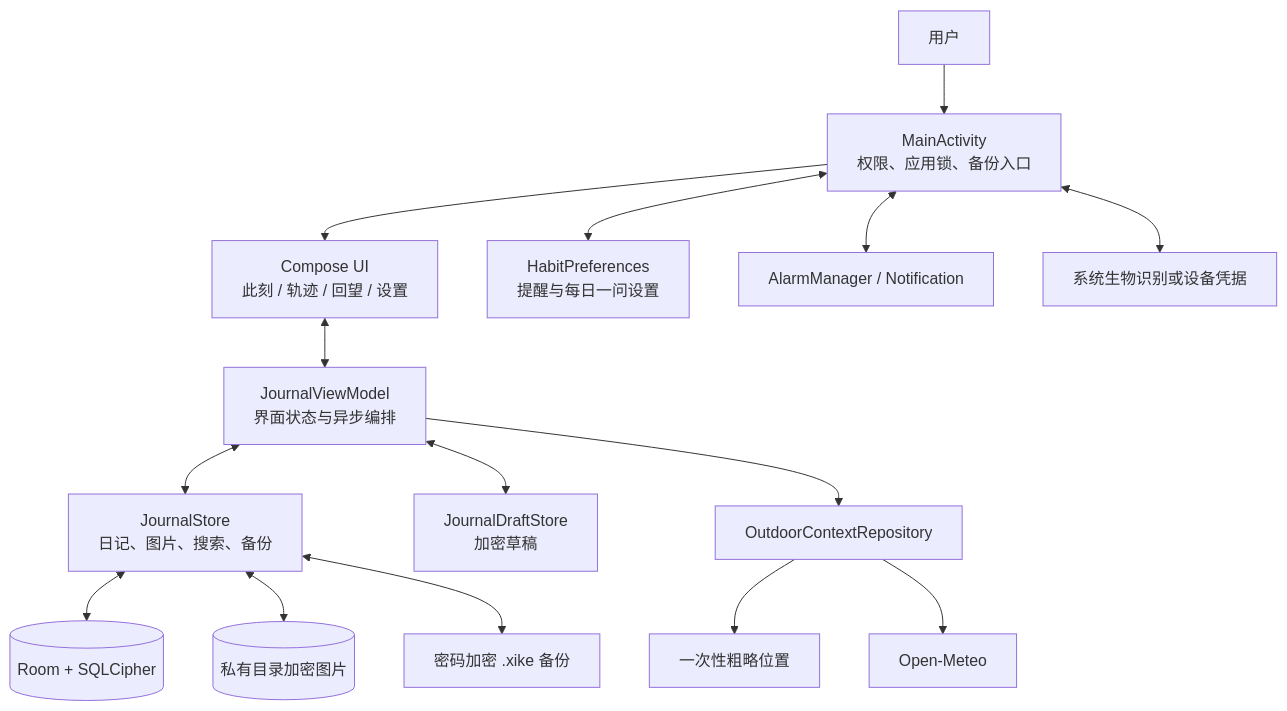
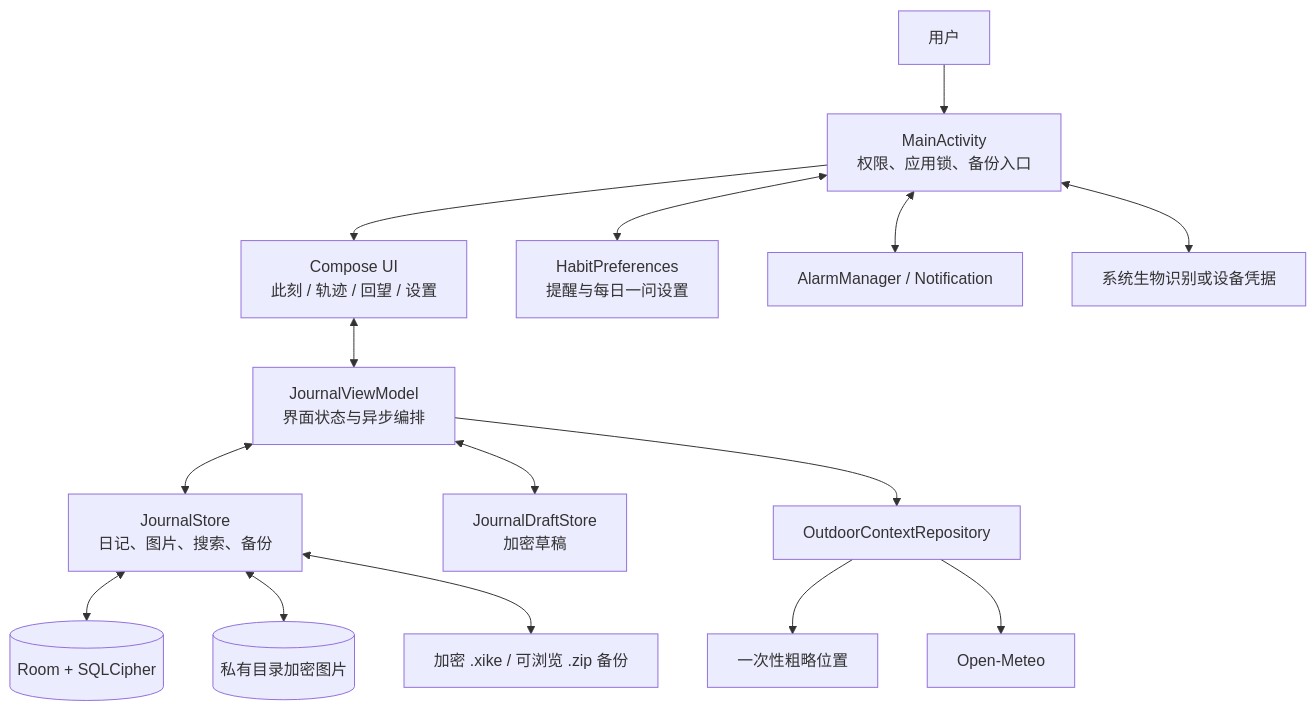
Before and after one commit to hi-fullmoon/Xike: the diagram in docs/repository-overview.md, drawn with Mermaid. The commit also changed other lines of this file and 19 other files, not shown here.

````diff
--- a/docs/repository-overview.md
+++ b/docs/repository-overview.md
@@ -89,17 +89,17 @@
 ```mermaid
 flowchart TD
     User[用户] --> Activity[MainActivity<br/>权限、应用锁、备份入口]
     Activity --> UI[Compose UI<br/>此刻 / 轨迹 / 回望 / 设置]
     UI <--> VM[JournalViewModel<br/>界面状态与异步编排]
     VM <--> Store[JournalStore<br/>日记、图片、搜索、备份]
     VM <--> Draft[JournalDraftStore<br/>加密草稿]
     VM --> Outdoor[OutdoorContextRepository]
     Store <--> Room[(Room + SQLCipher)]
     Store <--> Images[(私有目录加密图片)]
-    Store <--> Backup[密码加密 .xike 备份]
+    Store <--> Backup[加密 .xike / 可浏览 .zip 备份]
     Activity <--> Habits[HabitPreferences<br/>提醒与每日一问设置]
     Activity <--> Scheduler[AlarmManager / Notification]
     Activity <--> Biometric[系统生物识别或设备凭据]
     Outdoor --> Location[一次性粗略位置]
     Outdoor --> Weather[Open-Meteo]
 ```
````
